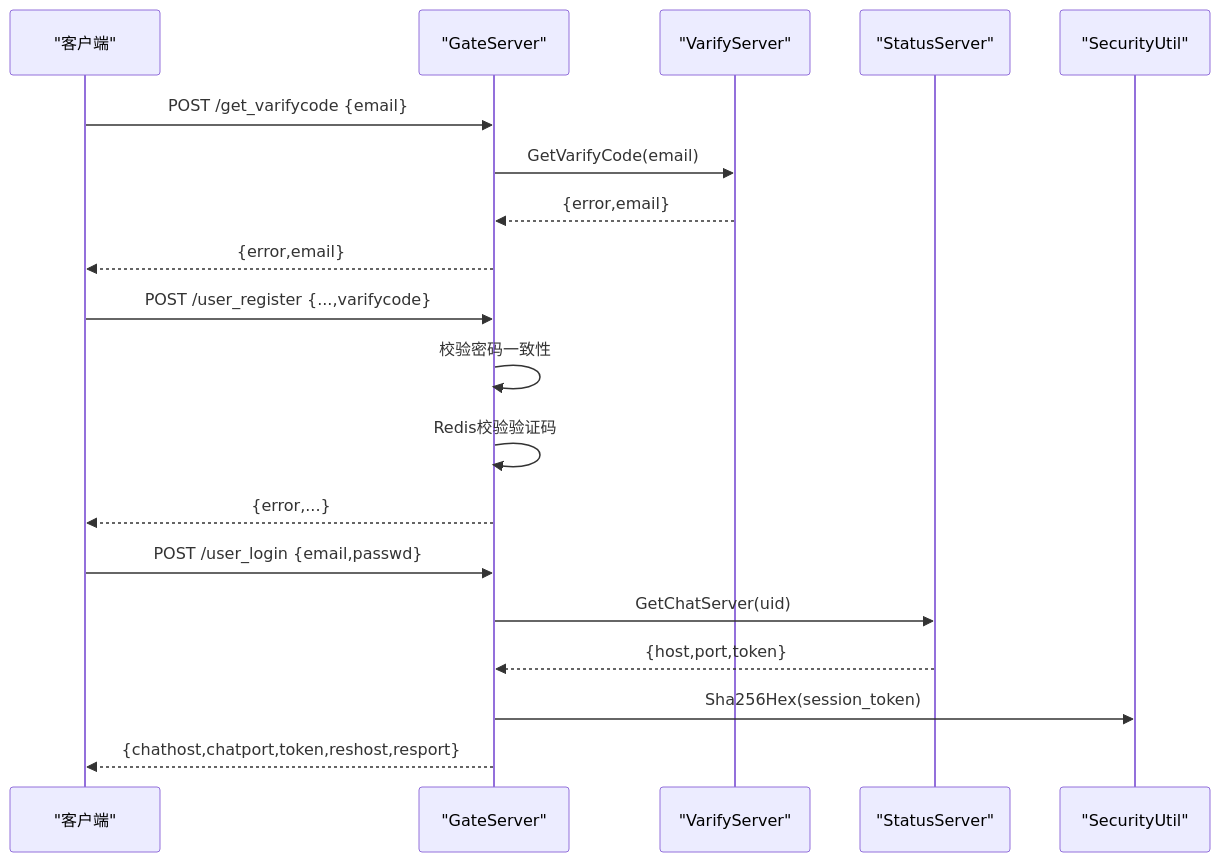
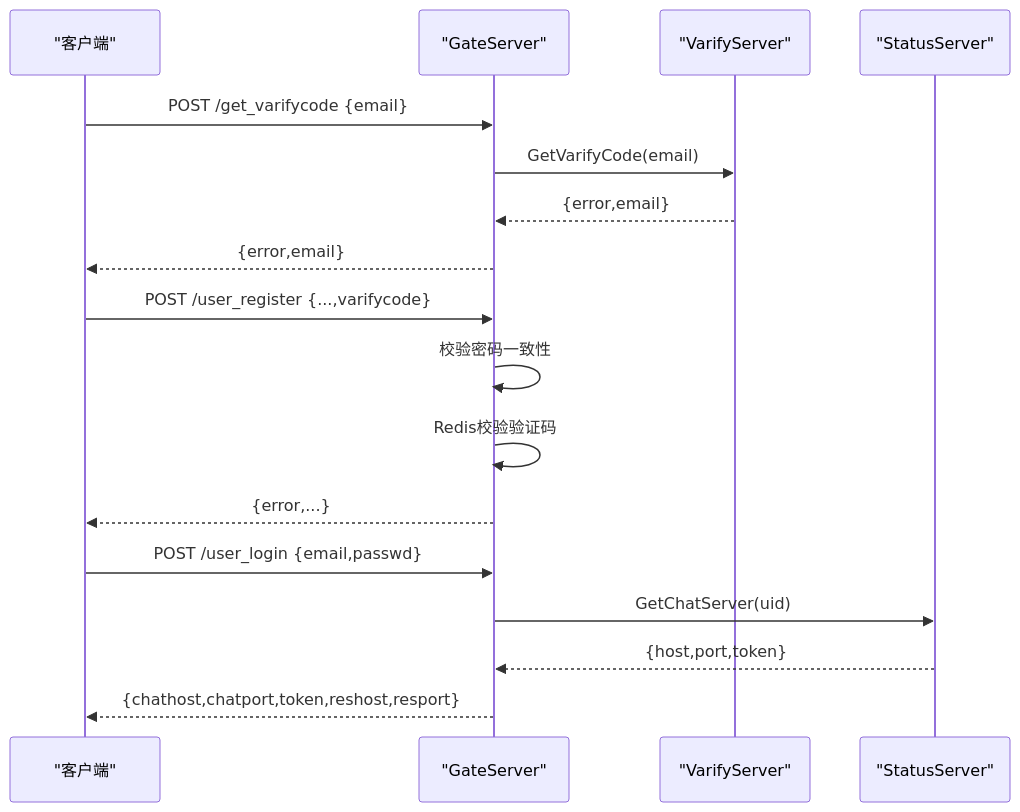
One commit to echo9923/mychatter changed the fifth of 10 diagrams in .qoder/repowiki/zh/content/安全设计/身份认证系统/身份认证系统.md. Above: the diagram before and after it, drawn with Mermaid. The commit also changed other lines of this file and 58 other files, not shown here.

````diff
--- a/.qoder/repowiki/zh/content/安全设计/身份认证系统/身份认证系统.md
+++ b/.qoder/repowiki/zh/content/安全设计/身份认证系统/身份认证系统.md
@@ -295,21 +260,19 @@
 ```mermaid
 sequenceDiagram
 participant Client as "客户端"
 participant Gate as "GateServer"
 participant Verify as "VarifyServer"
 participant Status as "StatusServer"
-participant SecUtil as "SecurityUtil"
 Client->>Gate : POST /get_varifycode {email}
 Gate->>Verify : GetVarifyCode(email)
 Verify-->>Gate : {error,email}
 Gate-->>Client : {error,email}
 Client->>Gate : POST /user_register {...,varifycode}
 Gate->>Gate : 校验密码一致性
 Gate->>Gate : Redis校验验证码
 Gate-->>Client : {error,...}
 Client->>Gate : POST /user_login {email,passwd}
 Gate->>Status : GetChatServer(uid)
 Status-->>Gate : {host,port,token}
-Gate->>SecUtil : Sha256Hex(session_token)
 Gate-->>Client : {chathost,chatport,token,reshost,resport}
 ```
````
